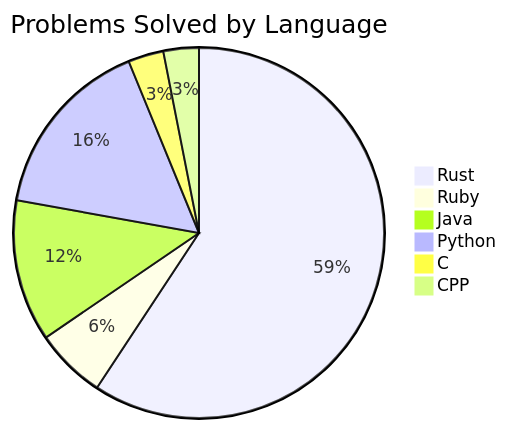
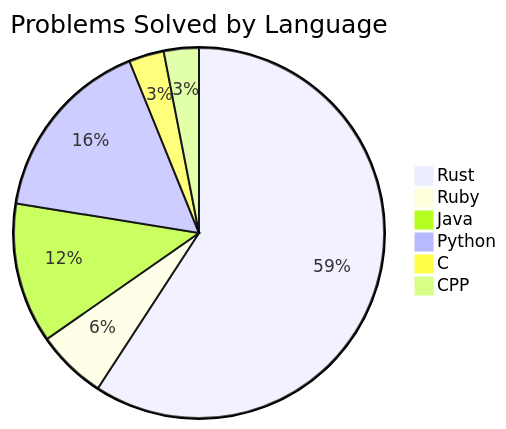
The diagram in README.md (Liam-Wirth/leetcode-solutions), drawn with Mermaid before and after one commit. The commit also changed other lines of this file and 5 other files, not shown here.

````diff
--- a/README.md
+++ b/README.md
@@ -28,9 +28,9 @@
 ```mermaid
 pie title Problems Solved by Language
-    "Rust": 115
+    "Rust": 116
     "Ruby": 12
     "Java": 24
-    "Python": 31
+    "Python": 32
     "C": 6
     "CPP": 6
 ```
````
